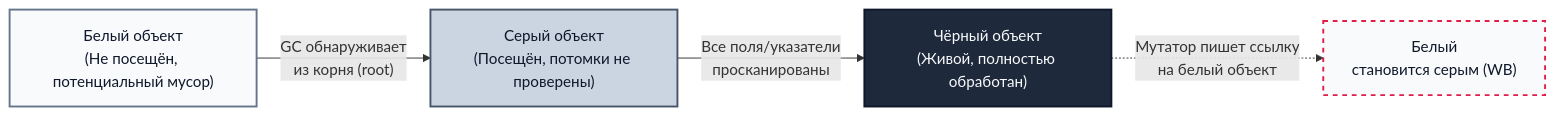
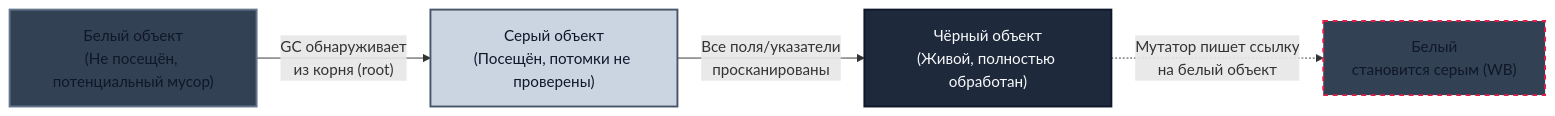
One commit to UnrealTemplier/go-textbook changed the first of 2 diagrams in sources/16. Профилирование, отладка и производительность/05. Garbage Collector/2. Tri color marking.md. Above: the diagram before and after it, drawn with Mermaid. The commit also changed 310 other files, not shown here.

First line of the commit message:
fix(mermaid): replace light fill colors with dark palette for readability on dark theme

````diff
--- a/sources/16. Профилирование, отладка и производительность/05. Garbage Collector/2. Tri color marking.md
+++ b/sources/16. Профилирование, отладка и производительность/05. Garbage Collector/2. Tri color marking.md
@@ -23,11 +23,11 @@
 ```mermaid
 flowchart LR
     White["Белый объект<br>(Не посещён, потенциальный мусор)"] -->|"GC обнаруживает<br>из корня (root)"| Grey["Серый объект<br>(Посещён, потомки не проверены)"]
     Grey -->|"Все поля/указатели<br>просканированы"| Black["Чёрный объект<br>(Живой, полностью обработан)"]
     Black -.->|"Мутатор пишет ссылку<br>на белый объект"| White2["Белый<br>становится серым (WB)"]
 
-    style White fill:#f8fafc,stroke:#64748b,stroke-width:2px,color:#0f172a
+    style White fill:#334155,stroke:#64748b,stroke-width:2px,color:#0f172a
     style Grey fill:#cbd5e1,stroke:#475569,stroke-width:2px,color:#0f172a
     style Black fill:#1e293b,stroke:#0f172a,stroke-width:2px,color:#f8fafc
-    style White2 fill:#f8fafc,stroke:#e11d48,stroke-width:2px,stroke-dasharray: 5 5,color:#0f172a
+    style White2 fill:#334155,stroke:#e11d48,stroke-width:2px,stroke-dasharray: 5 5,color:#0f172a
 ```
````
